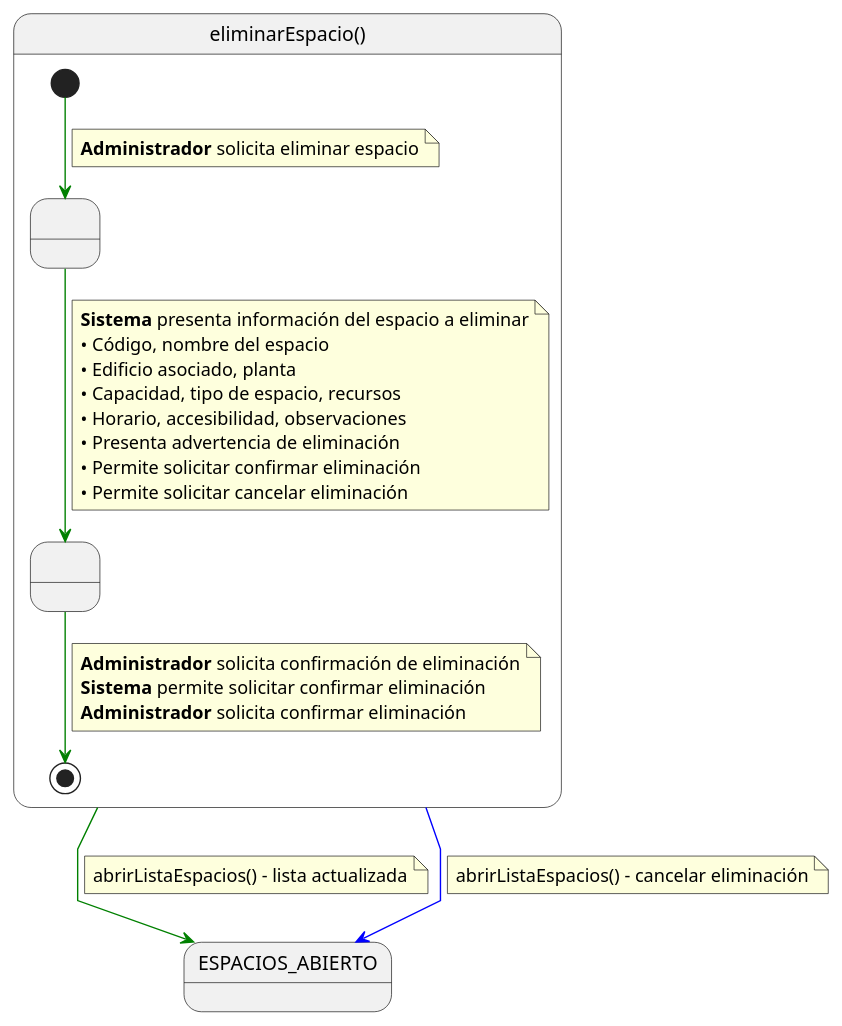
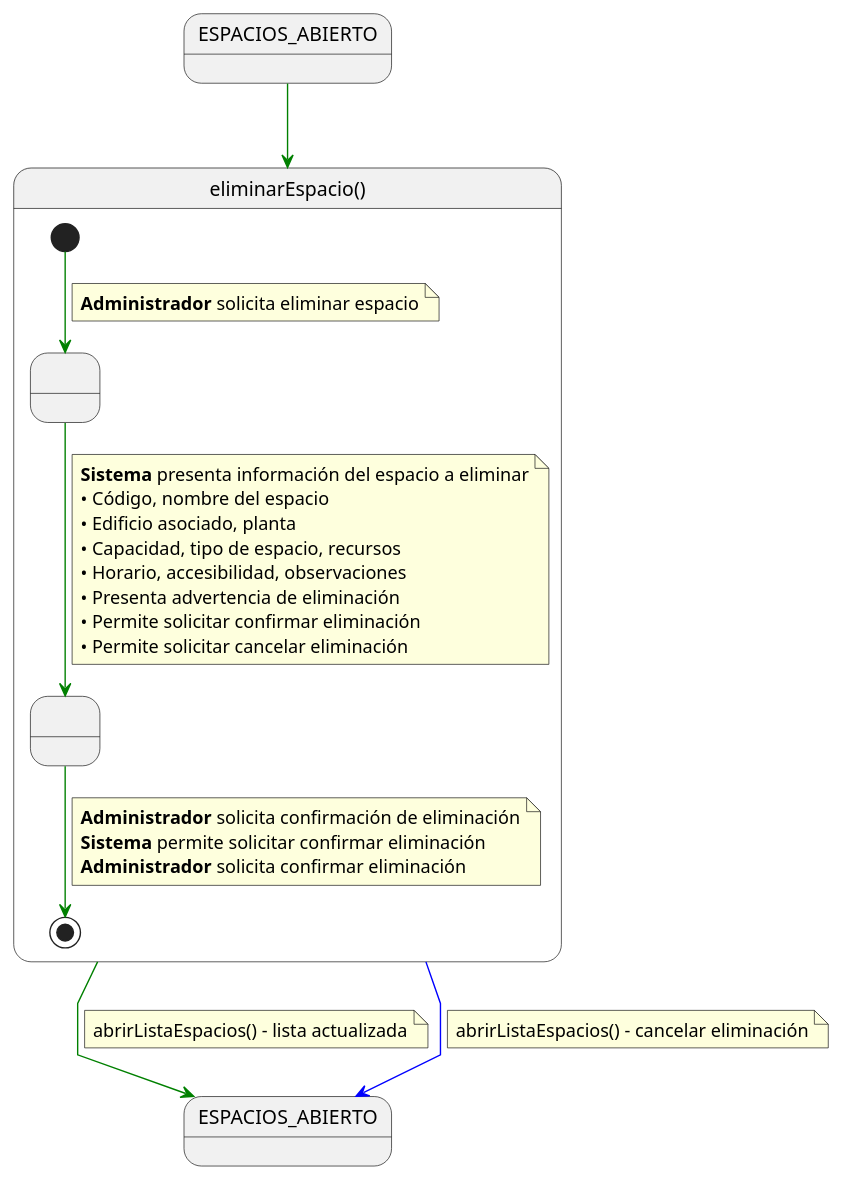
One commit to Camila-Lesly/25-26-idsw1-sdr changed the diagram in documentos/01-casoDeUso/3-DetallarCasosDeUso/0-Administrador/eliminarEspacio/eliminarEspacio.puml. Above: the diagram before and after it, drawn with PlantUML. The commit also changed 23 other files, not shown here.

```diff
--- a/documentos/01-casoDeUso/3-DetallarCasosDeUso/0-Administrador/eliminarEspacio/eliminarEspacio.puml
+++ b/documentos/01-casoDeUso/3-DetallarCasosDeUso/0-Administrador/eliminarEspacio/eliminarEspacio.puml
@@ -1,45 +1,48 @@
 @startuml eliminarEspacio
 
 skinparam linetype polyline
+
+state in1 as "ESPACIOS_ABIERTO"
+in1 -[#green]-> eliminarEspacio
 
 state eliminarEspacio as "eliminarEspacio()" {
 
     state " " as ConfirmandoEliminacion
     state " " as EliminandoEspacio
 
     [*] -[#green]-> ConfirmandoEliminacion 
     note on link
     <b>Administrador</b> solicita eliminar espacio
     end note    
     
     ConfirmandoEliminacion -[#green]-> EliminandoEspacio
     note on link
     <b>Sistema</b> presenta información del espacio a eliminar
     • Código, nombre del espacio
     • Edificio asociado, planta
     • Capacidad, tipo de espacio, recursos
     • Horario, accesibilidad, observaciones
     • Presenta advertencia de eliminación
     • Permite solicitar confirmar eliminación
     • Permite solicitar cancelar eliminación
     end note
     
     EliminandoEspacio -[#green]-> [*]
     note on link
     <b>Administrador</b> solicita confirmación de eliminación
     <b>Sistema</b> permite solicitar confirmar eliminación
     <b>Administrador</b> solicita confirmar eliminación
     end note
 }
 
 eliminarEspacio -[#green]-> ESPACIOS_ABIERTO
 note on link
 abrirListaEspacios() - lista actualizada
 end note
 
 eliminarEspacio -[#blue]-> ESPACIOS_ABIERTO
 note on link
 abrirListaEspacios() - cancelar eliminación
 end note
 
 @enduml
```
